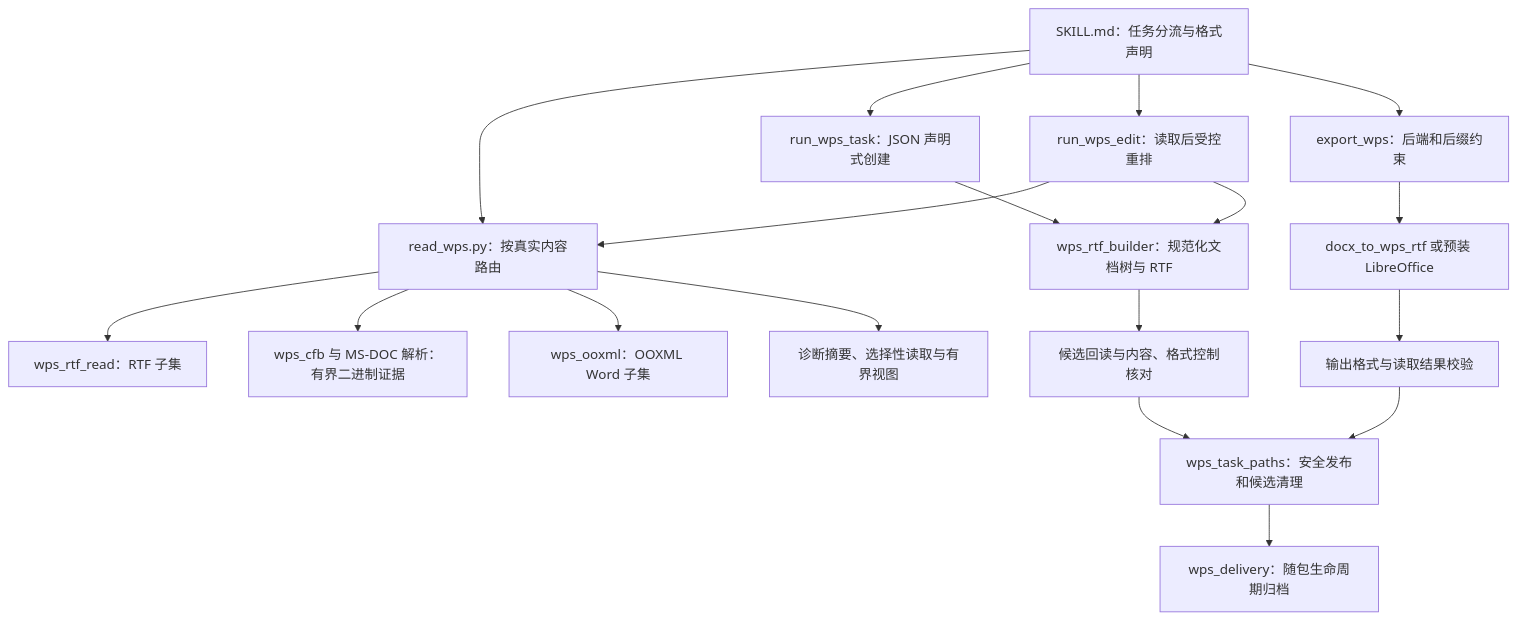
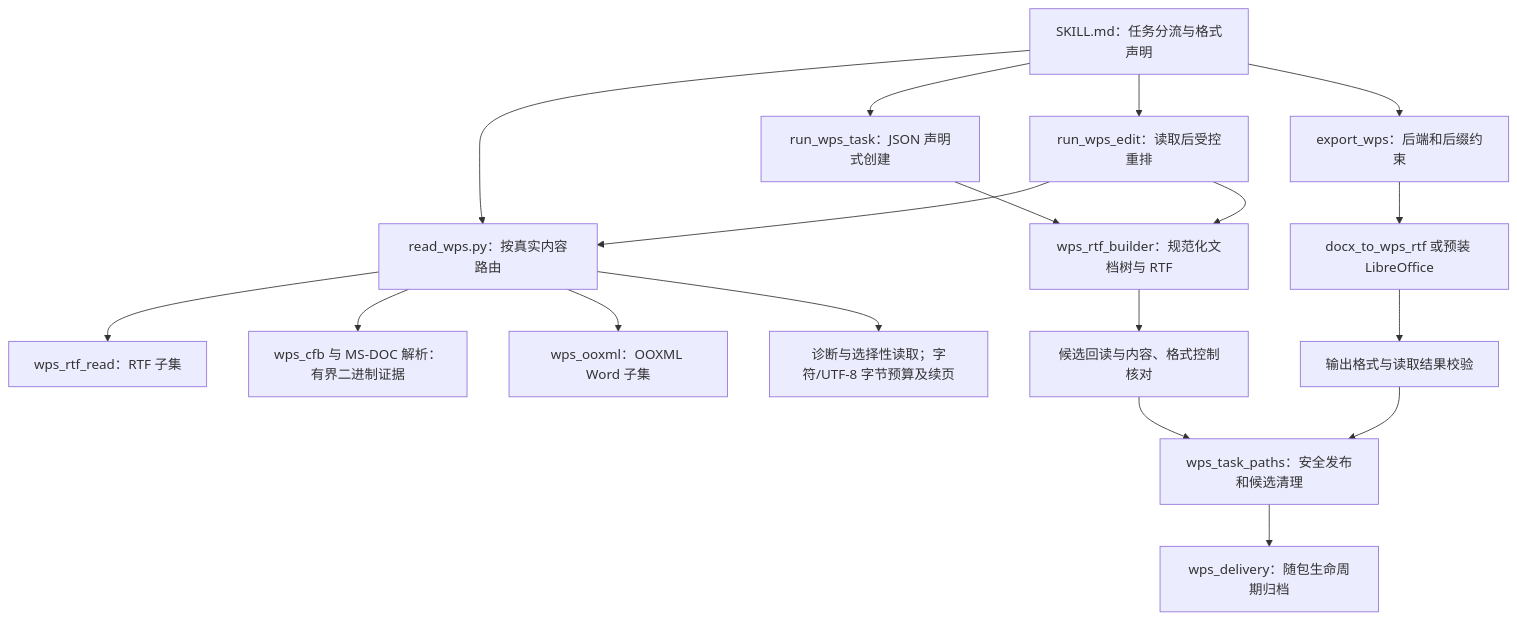
One commit to JohnParken/PSL-SKILLS changed the first of 2 diagrams in docs/skills/wps.md. Above: the diagram before and after it, drawn with Mermaid. The commit also changed other lines of this file and 17 other files, not shown here.

````diff
--- a/docs/skills/wps.md
+++ b/docs/skills/wps.md
@@ -25,20 +25,20 @@
 ```mermaid
 flowchart TD
     A["SKILL.md：任务分流与格式声明"] --> B["read_wps.py：按真实内容路由"]
     B --> C["wps_rtf_read：RTF 子集"]
     B --> D["wps_cfb 与 MS-DOC 解析：有界二进制证据"]
     B --> E["wps_ooxml：OOXML Word 子集"]
-    B --> F["诊断摘要、选择性读取与有界视图"]
+    B --> F["诊断与选择性读取；字符/UTF-8 字节预算及续页"]
     A --> G["run_wps_task：JSON 声明式创建"]
     A --> H["run_wps_edit：读取后受控重排"]
     H --> B
     G --> I["wps_rtf_builder：规范化文档树与 RTF"]
     H --> I
     A --> J["export_wps：后端和后缀约束"]
     J --> K["docx_to_wps_rtf 或预装 LibreOffice"]
     I --> L["候选回读与内容、格式控制核对"]
     K --> M["输出格式与读取结果校验"]
     L --> N["wps_task_paths：安全发布和候选清理"]
     M --> N
     N --> O["wps_delivery：随包生命周期归档"]
 ```
````
